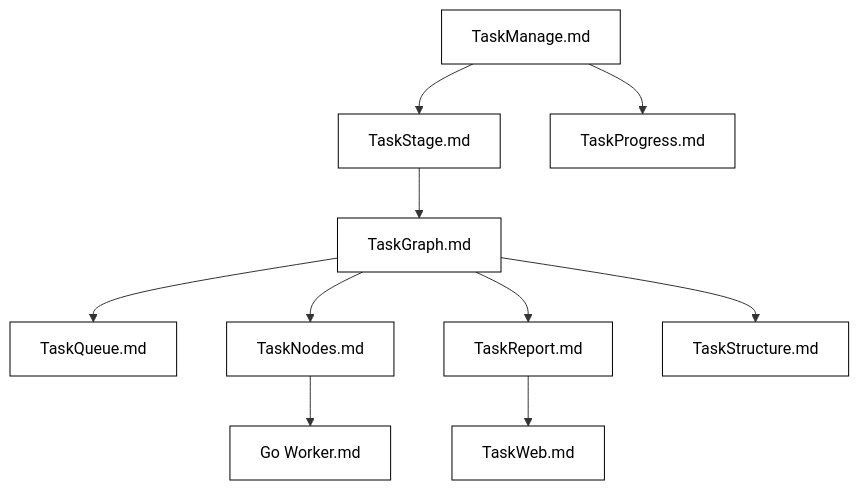
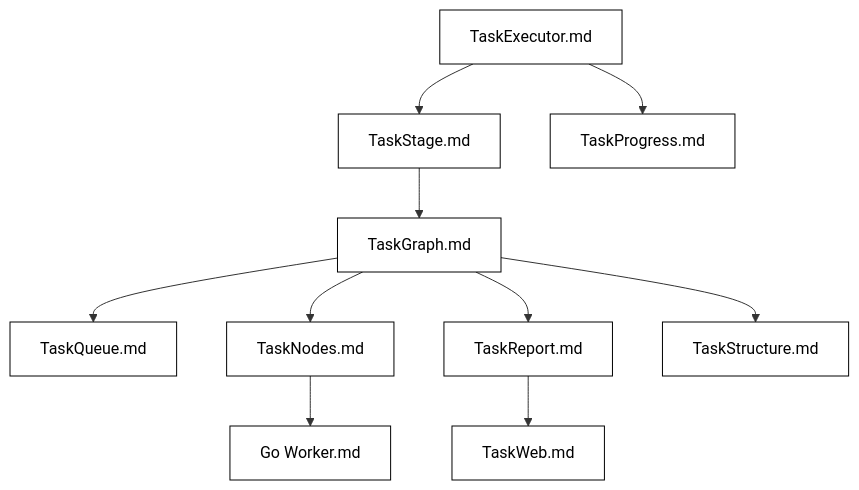
One commit to Mr-xiaotian/CelestialFlow changed the second of 2 diagrams in README.md. Above: the diagram before and after it, drawn with Mermaid. The commit also changed other lines of this file and 1 other file, not shown here.

Commit message:
[docs] update

````diff
--- a/README.md
+++ b/README.md
@@ -156,17 +156,17 @@
 ```mermaid
 flowchart TD
     classDef whiteNode fill:#ffffff,stroke:#000000,color:#000000;
 
-    TM[TaskManage.md] --> TS[TaskStage.md] --> TG[TaskGraph.md]
+    TM[TaskExecutor.md] --> TS[TaskStage.md] --> TG[TaskGraph.md]
     TM --> TP[TaskProgress.md]
 
     TG --> TQ[TaskQueue.md]
     TG --> TN[TaskNodes.md]
     TG --> TR[TaskReport.md]
     TG --> TSR[TaskStructure.md]
 
     TR --> TW[TaskWeb.md]
     TN --> GW[Go Worker.md]
 
     class TM,TG,TP,TQ,TN,TR,TS,TW,GW,TSR whiteNode;
 ```
````
